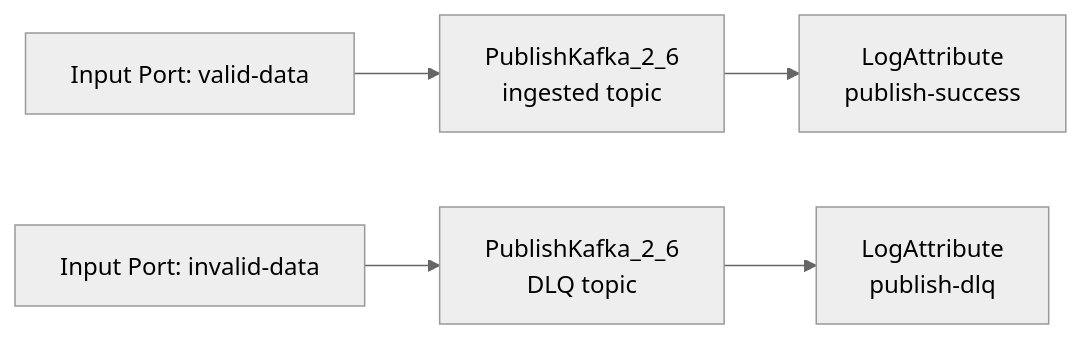
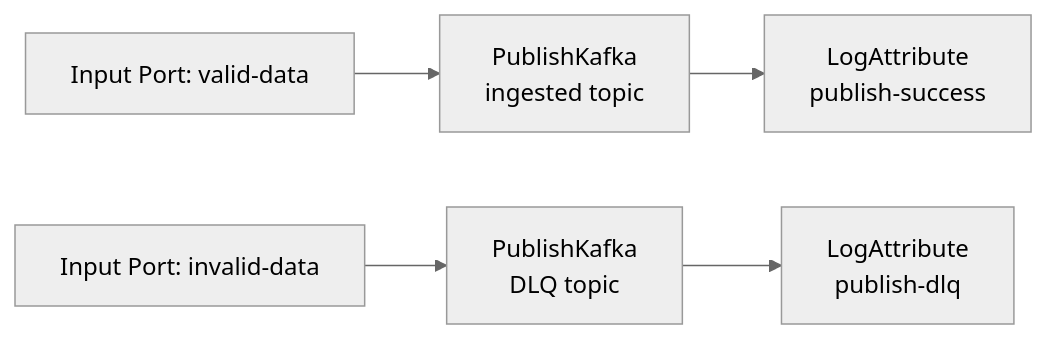
One commit to roadseeker/study-data-pipeline changed the eighth of 8 diagrams in config/nifi/process-group-design.md. Above: the diagram before and after it, drawn with Mermaid (neutral theme). The commit also changed other lines of this file and 4 other files, not shown here.

````diff
--- a/config/nifi/process-group-design.md
+++ b/config/nifi/process-group-design.md
@@ -434,8 +448,8 @@
 ```mermaid
 flowchart LR
-    A["Input Port: valid-data"] --> B["PublishKafka_2_6<br/>ingested topic"]
+    A["Input Port: valid-data"] --> B["PublishKafka<br/>ingested topic"]
     B --> C["LogAttribute<br/>publish-success"]
 
-    D["Input Port: invalid-data"] --> E["PublishKafka_2_6<br/>DLQ topic"]
+    D["Input Port: invalid-data"] --> E["PublishKafka<br/>DLQ topic"]
     E --> F["LogAttribute<br/>publish-dlq"]
 ```
````
